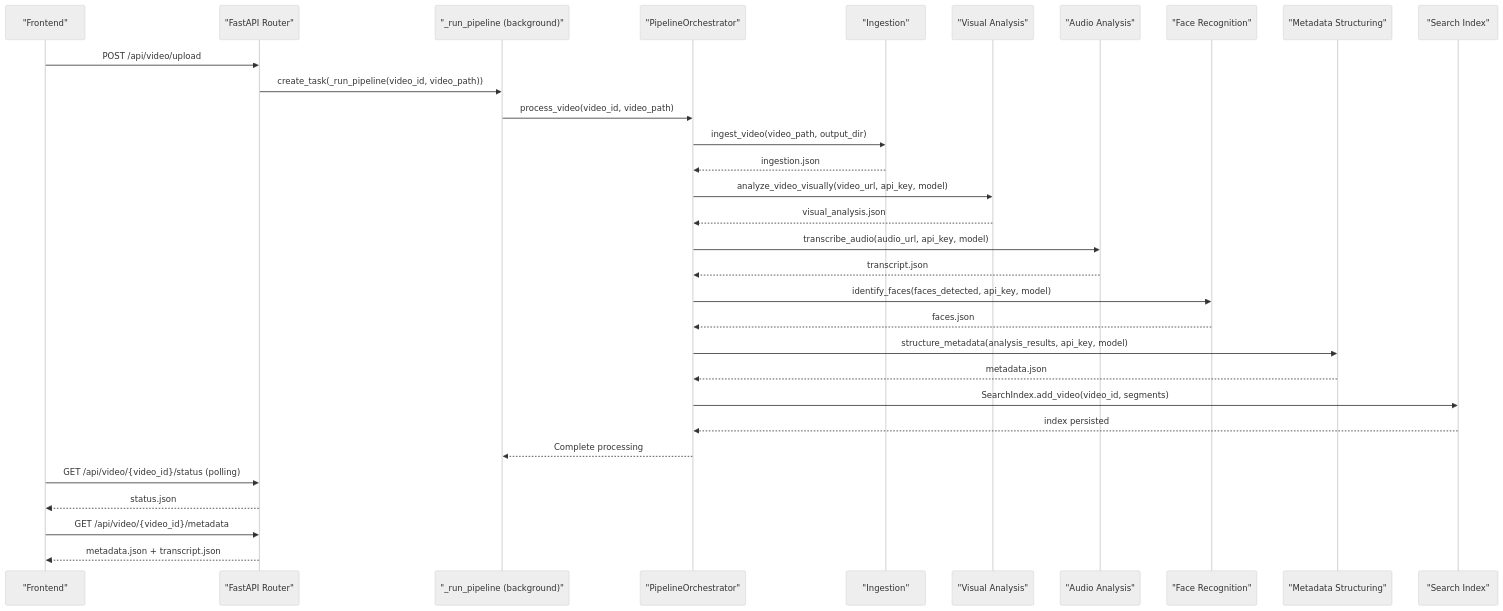
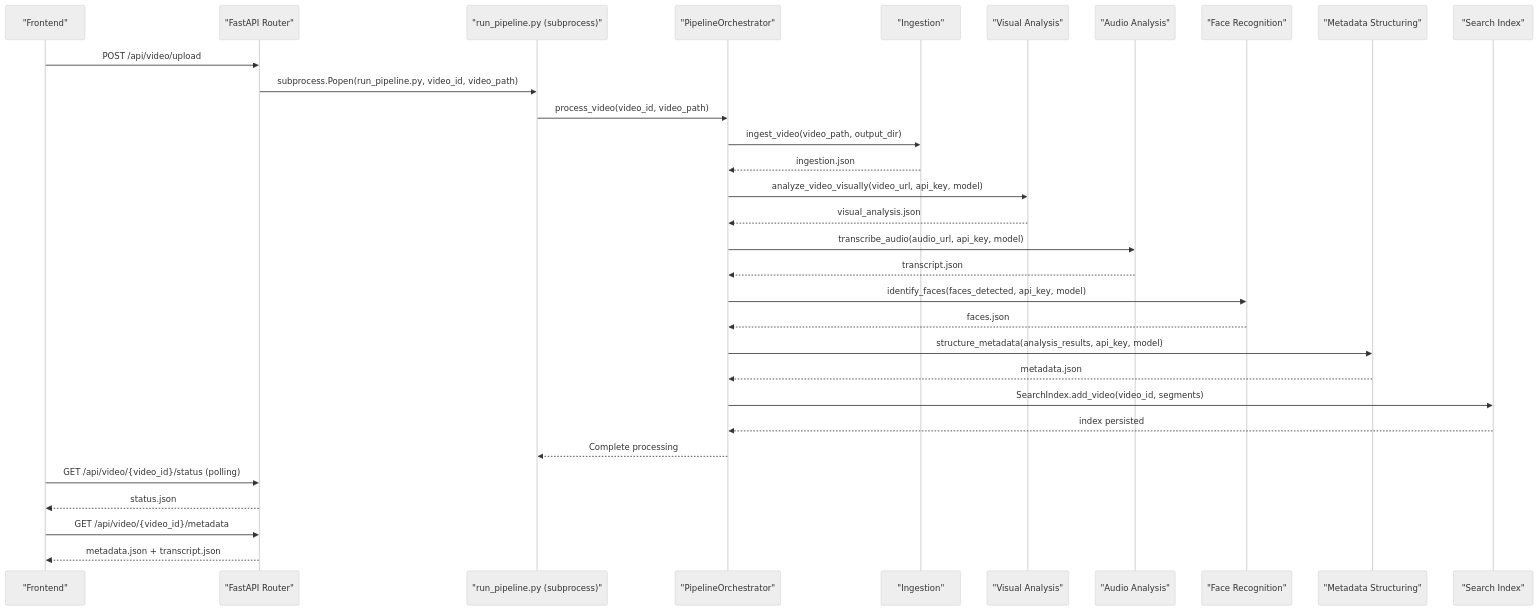
Before and after one commit to alexandreybasta-cyber/dubai-media-ai: the second of 5 diagrams in .qoder/repowiki/en/content/Media Processing Pipeline/Media Processing Pipeline.md, drawn with Mermaid (neutral theme). The commit also changed other lines of this file and 28 other files, not shown here.

````diff
--- a/.qoder/repowiki/en/content/Media Processing Pipeline/Media Processing Pipeline.md
+++ b/.qoder/repowiki/en/content/Media Processing Pipeline/Media Processing Pipeline.md
@@ -138,33 +148,33 @@
 ```mermaid
 sequenceDiagram
 participant FE as "Frontend"
 participant API as "FastAPI Router"
-participant TASK as "_run_pipeline (background)"
+participant SUBPROC as "run_pipeline.py (subprocess)"
 participant ORCH as "PipelineOrchestrator"
 participant ST1 as "Ingestion"
 participant ST2 as "Visual Analysis"
 participant ST3 as "Audio Analysis"
 participant ST4 as "Face Recognition"
 participant ST5 as "Metadata Structuring"
 participant ST6 as "Search Index"
 FE->>API : POST /api/video/upload
-API->>TASK : create_task(_run_pipeline(video_id, video_path))
-TASK->>ORCH : process_video(video_id, video_path)
+API->>SUBPROC : subprocess.Popen(run_pipeline.py, video_id, video_path)
+SUBPROC->>ORCH : process_video(video_id, video_path)
 ORCH->>ST1 : ingest_video(video_path, output_dir)
 ST1-->>ORCH : ingestion.json
 ORCH->>ST2 : analyze_video_visually(video_url, api_key, model)
 ST2-->>ORCH : visual_analysis.json
 ORCH->>ST3 : transcribe_audio(audio_url, api_key, model)
 ST3-->>ORCH : transcript.json
 ORCH->>ST4 : identify_faces(faces_detected, api_key, model)
 ST4-->>ORCH : faces.json
 ORCH->>ST5 : structure_metadata(analysis_results, api_key, model)
 ST5-->>ORCH : metadata.json
 ORCH->>ST6 : SearchIndex.add_video(video_id, segments)
 ST6-->>ORCH : index persisted
-ORCH-->>TASK : Complete processing
+ORCH-->>SUBPROC : Complete processing
 FE->>API : GET /api/video/{video_id}/status (polling)
 API-->>FE : status.json
 FE->>API : GET /api/video/{video_id}/metadata
 API-->>FE : metadata.json + transcript.json
 ```
````
